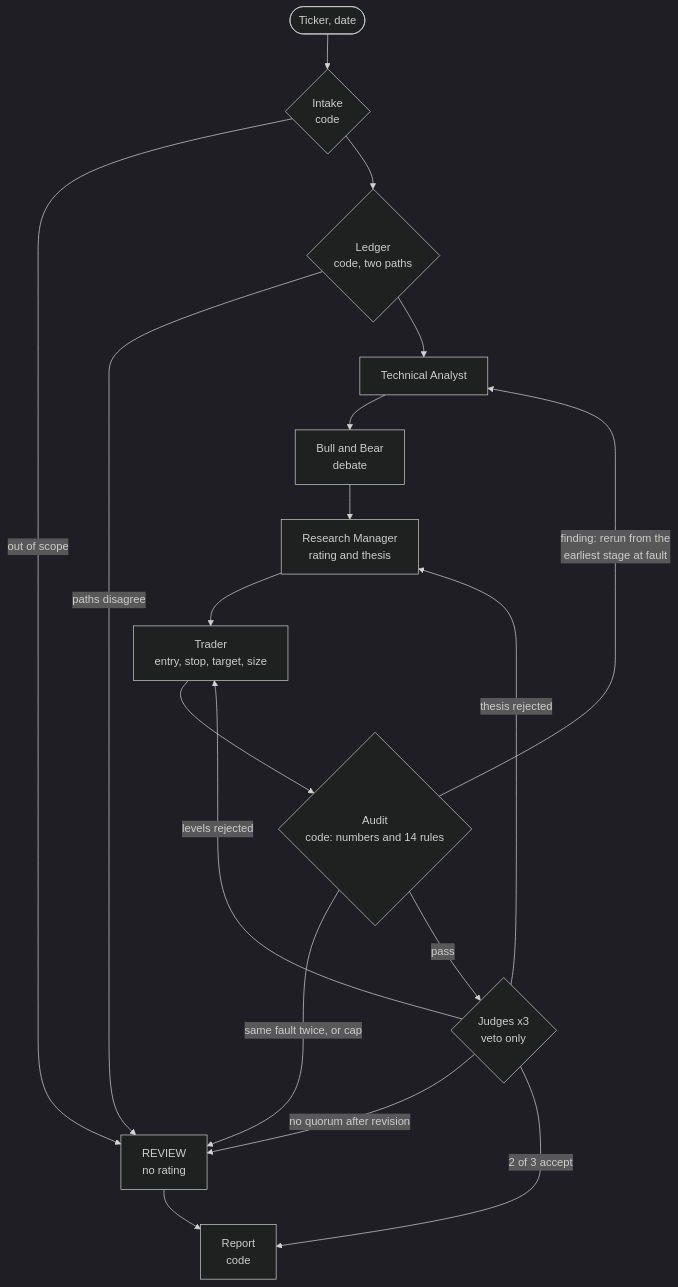
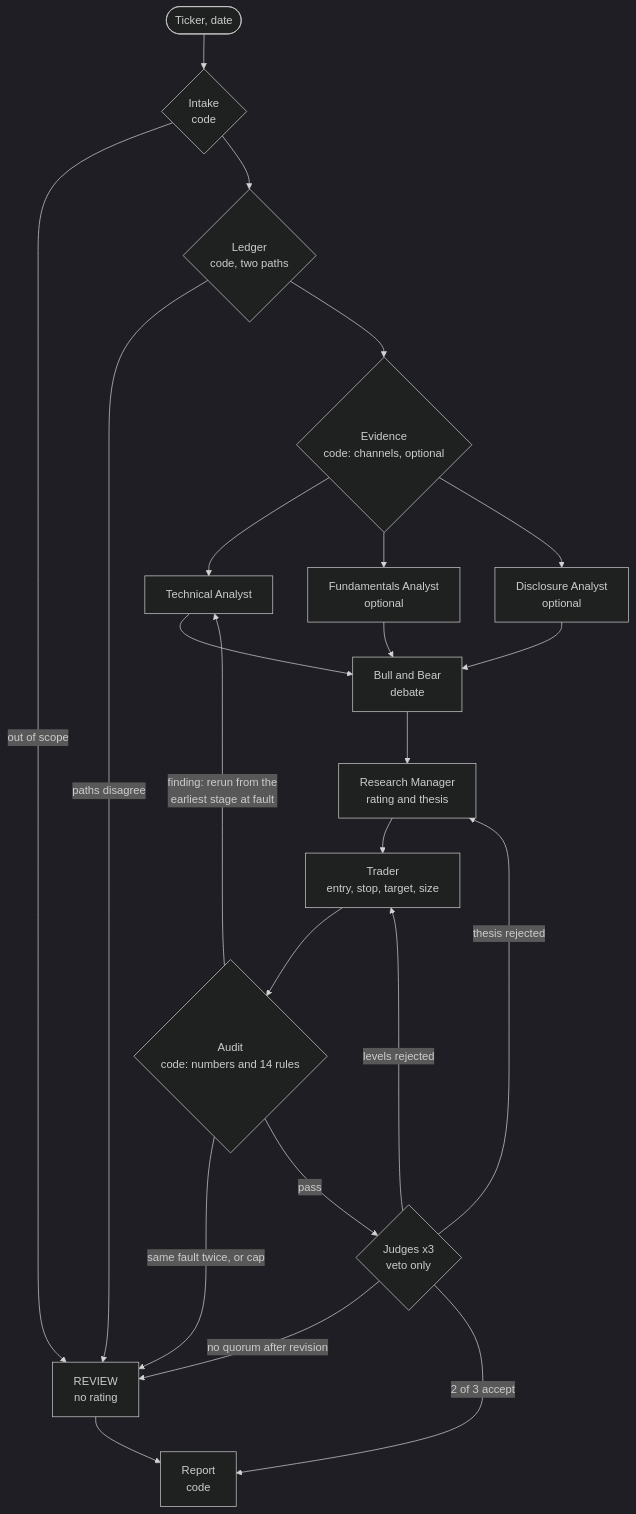
One commit to YinanZhaoXometry/InsightCrew changed the diagram in README.md. Above: the diagram before and after it, drawn with Mermaid (dark theme). The commit also changed other lines of this file and 4 other files, not shown here.

Commit message:
WP20: documents for version 2.1 — channels in README/AGENTS/ARCHITECTURE/EVALUATION/ROADMAP, counts updated, claims bounded

````diff
--- a/README.md
+++ b/README.md
@@ -42,20 +45,25 @@
 ```mermaid
 flowchart TD
     Q([Ticker, date]) --> I{"Intake<br/>code"}
     I -- out of scope --> D["REVIEW<br/>no rating"]
     I --> L{"Ledger<br/>code, two paths"}
     L -- paths disagree --> D
-    L --> T["Technical Analyst"]
+    L --> E{"Evidence<br/>code: channels, optional"}
+    E --> T["Technical Analyst"]
+    E --> F["Fundamentals Analyst<br/>optional"]
+    E --> G["Disclosure Analyst<br/>optional"]
     T --> B["Bull and Bear<br/>debate"]
+    F --> B
+    G --> B
     B --> M["Research Manager<br/>rating and thesis"]
     M --> TR["Trader<br/>entry, stop, target, size"]
     TR --> A{"Audit<br/>code: numbers and 14 rules"}
     A -- "finding: rerun from the<br/>earliest stage at fault" --> T
     A -- "same fault twice, or cap" --> D
     A -- pass --> J{"Judges x3<br/>veto only"}
     J -- "thesis rejected" --> M
     J -- "levels rejected" --> TR
     J -- "no quorum after revision" --> D
     J -- "2 of 3 accept" --> R["Report<br/>code"]
     D --> R
 ```
````
